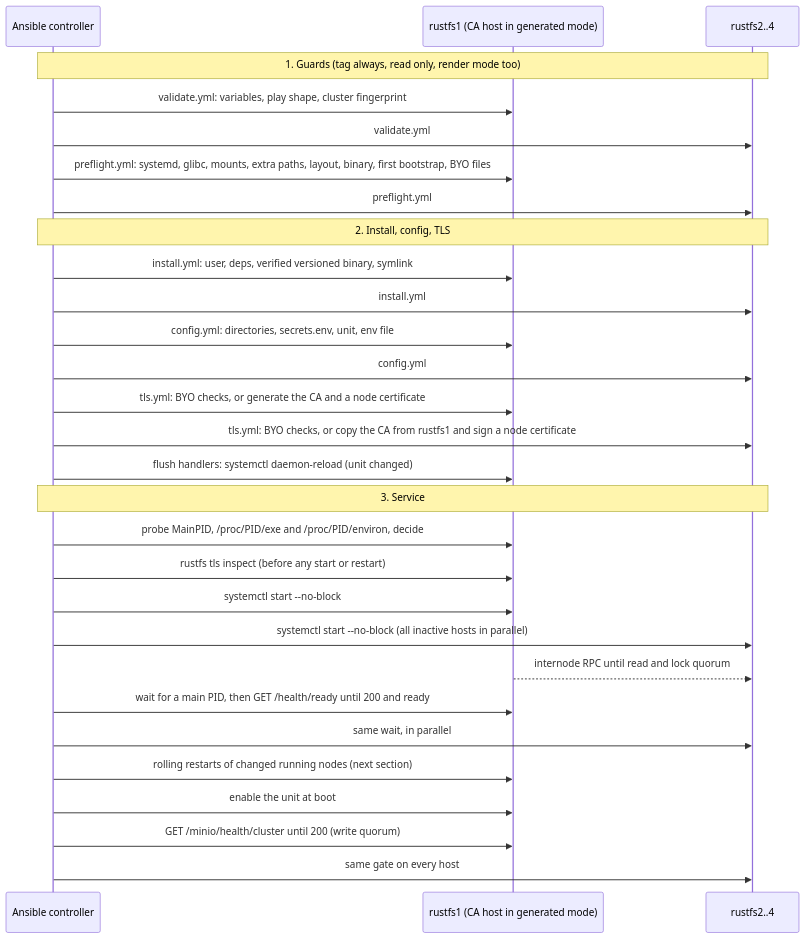
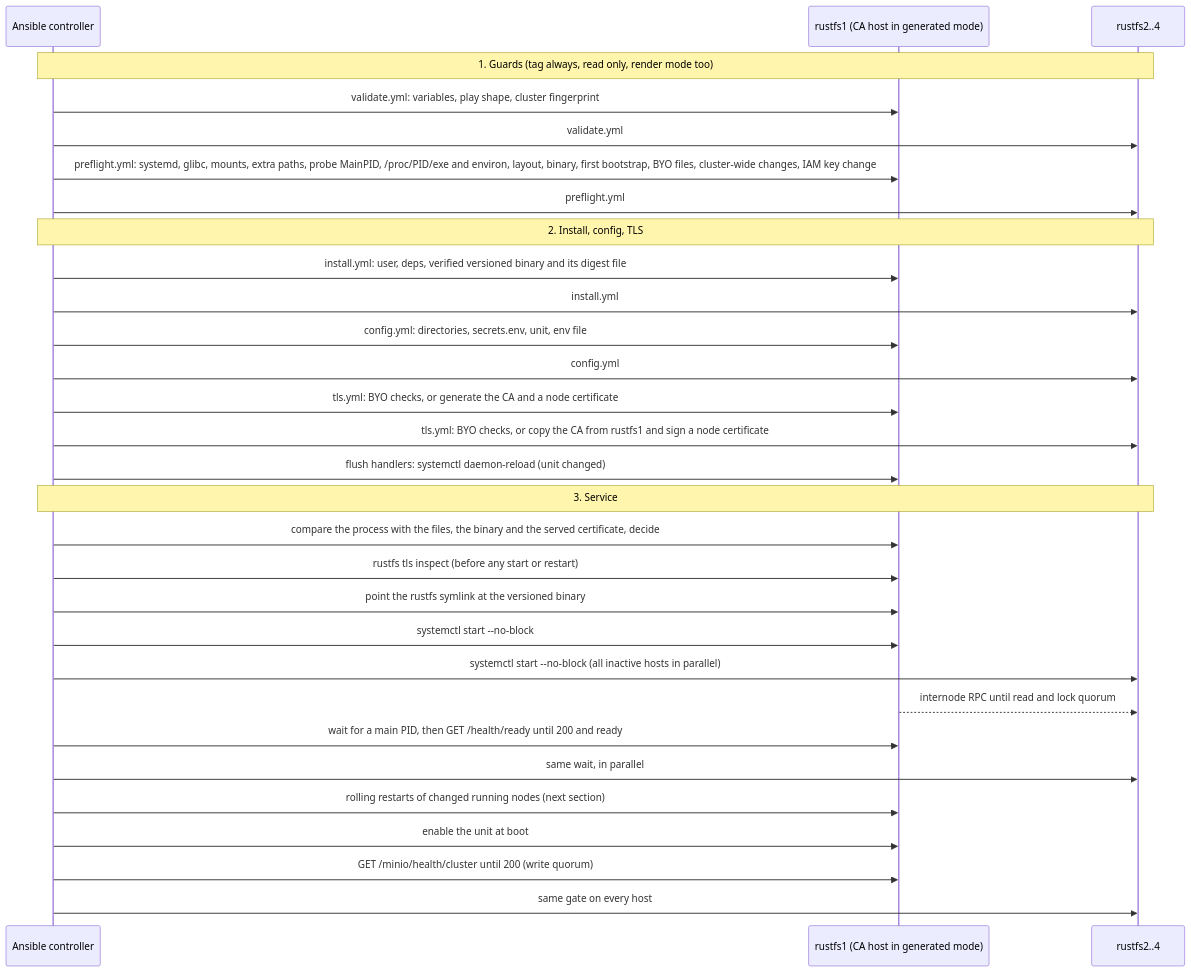
The second of 3 diagrams in docs/ARCHITECTURE.md (devopsgroupeu/ansible-role-rustfs), drawn with Mermaid before and after one commit. The commit also changed other lines of this file and 4 other files, not shown here.

````diff
--- a/docs/ARCHITECTURE.md
+++ b/docs/ARCHITECTURE.md
@@ -86,34 +91,35 @@
 ```mermaid
 sequenceDiagram
     participant Ctrl as Ansible controller
     participant N1 as rustfs1 (CA host in generated mode)
     participant Nx as rustfs2..4
 
     Note over Ctrl,Nx: 1. Guards (tag always, read only, render mode too)
     Ctrl->>N1: validate.yml: variables, play shape, cluster fingerprint
     Ctrl->>Nx: validate.yml
-    Ctrl->>N1: preflight.yml: systemd, glibc, mounts, extra paths, layout, binary, first bootstrap, BYO files
+    Ctrl->>N1: preflight.yml: systemd, glibc, mounts, extra paths, probe MainPID, /proc/PID/exe and environ, layout, binary, first bootstrap, BYO files, cluster-wide changes, IAM key change
     Ctrl->>Nx: preflight.yml
 
     Note over Ctrl,Nx: 2. Install, config, TLS
-    Ctrl->>N1: install.yml: user, deps, verified versioned binary, symlink
+    Ctrl->>N1: install.yml: user, deps, verified versioned binary and its digest file
     Ctrl->>Nx: install.yml
     Ctrl->>N1: config.yml: directories, secrets.env, unit, env file
     Ctrl->>Nx: config.yml
     Ctrl->>N1: tls.yml: BYO checks, or generate the CA and a node certificate
     Ctrl->>Nx: tls.yml: BYO checks, or copy the CA from rustfs1 and sign a node certificate
     Ctrl->>N1: flush handlers: systemctl daemon-reload (unit changed)
 
     Note over Ctrl,Nx: 3. Service
-    Ctrl->>N1: probe MainPID, /proc/PID/exe and /proc/PID/environ, decide
+    Ctrl->>N1: compare the process with the files, the binary and the served certificate, decide
     Ctrl->>N1: rustfs tls inspect (before any start or restart)
+    Ctrl->>N1: point the rustfs symlink at the versioned binary
     Ctrl->>N1: systemctl start --no-block
     Ctrl->>Nx: systemctl start --no-block (all inactive hosts in parallel)
     N1-->>Nx: internode RPC until read and lock quorum
     Ctrl->>N1: wait for a main PID, then GET /health/ready until 200 and ready
     Ctrl->>Nx: same wait, in parallel
     Ctrl->>N1: rolling restarts of changed running nodes (next section)
     Ctrl->>N1: enable the unit at boot
     Ctrl->>N1: GET /minio/health/cluster until 200 (write quorum)
     Ctrl->>Nx: same gate on every host
 ```
````
